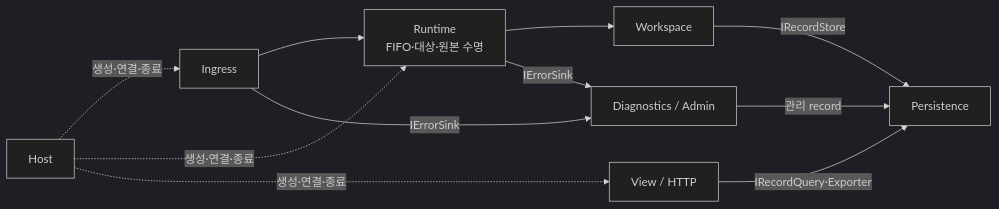
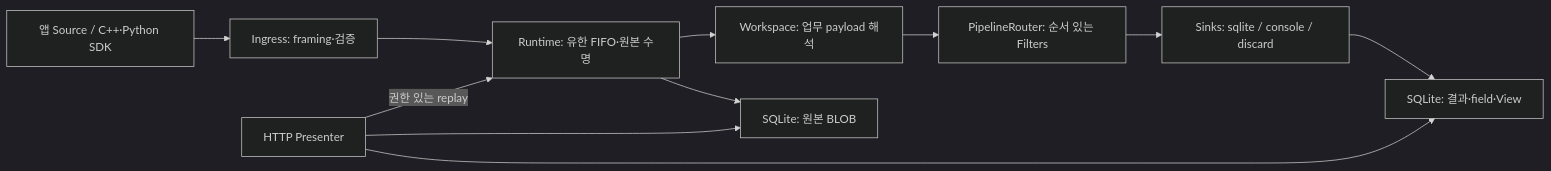
The first of 4 diagrams in docs/04-top-level-design.md (south-hive/project-dsn), drawn with Mermaid (dark theme) before and after one commit. The commit also changed other lines of this file and 69 other files, not shown here.

Commit message:
Release local DSN pipelines, SQLite persistence, app SDKs and Presenter

````diff
--- a/docs/04-top-level-design.md
+++ b/docs/04-top-level-design.md
@@ -7,13 +5,13 @@
 ```mermaid
 flowchart LR
-    I["Ingress"] --> R["Runtime<br/>FIFO·대상·원본 수명"]
-    R --> W["Workspace"]
-    W -->|"IRecordStore"| P["Persistence"]
-    V["View / HTTP"] -->|"IRecordQuery·Exporter"| P
-    I -->|"IErrorSink"| D["Diagnostics / Admin"]
-    R -->|"IErrorSink"| D
-    D -->|"관리 record"| P
-    H["Host"] -. "생성·연결·종료" .-> I
-    H -. "생성·연결·종료" .-> R
-    H -. "생성·연결·종료" .-> V
+    S["앱 Source / C++·Python SDK"] --> I["Ingress: framing·검증"]
+    I --> R["Runtime: 유한 FIFO·원본 수명"]
+    R --> A["SQLite: 원본 BLOB"]
+    R --> W["Workspace: 업무 payload 해석"]
+    W --> F["PipelineRouter: 순서 있는 Filters"]
+    F --> K["Sinks: sqlite / console / discard"]
+    K --> DB["SQLite: 결과·field·View"]
+    V["HTTP Presenter"] --> DB
+    V --> A
+    V -->|"권한 있는 replay"| R
 ```
````
